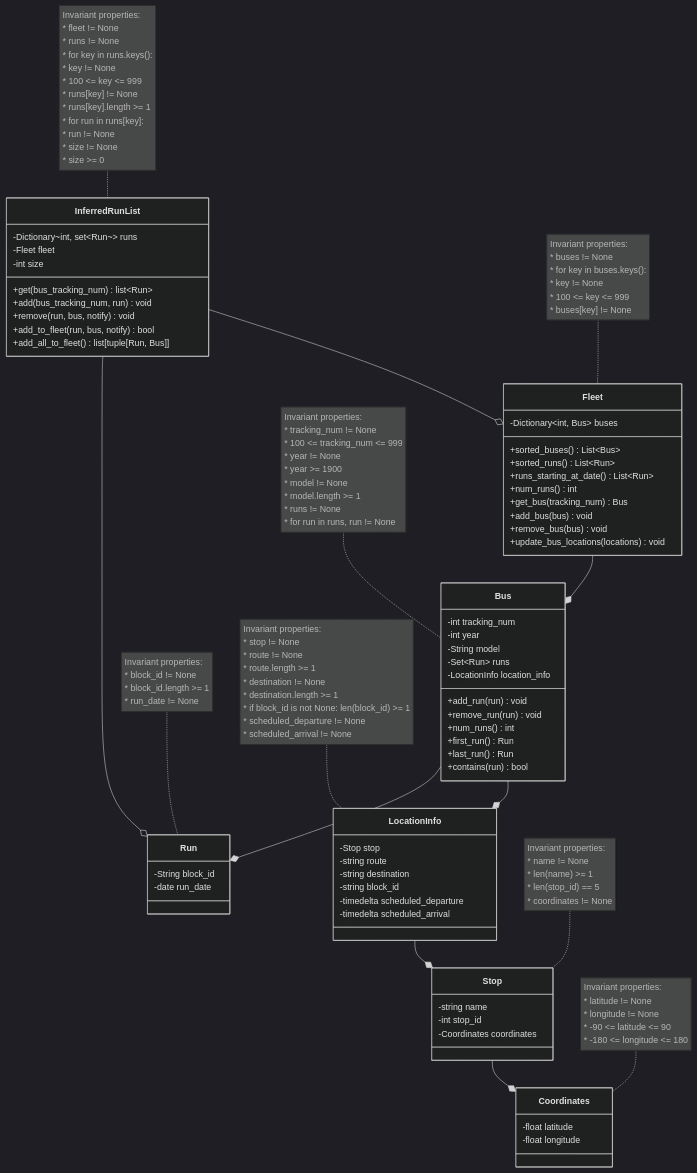
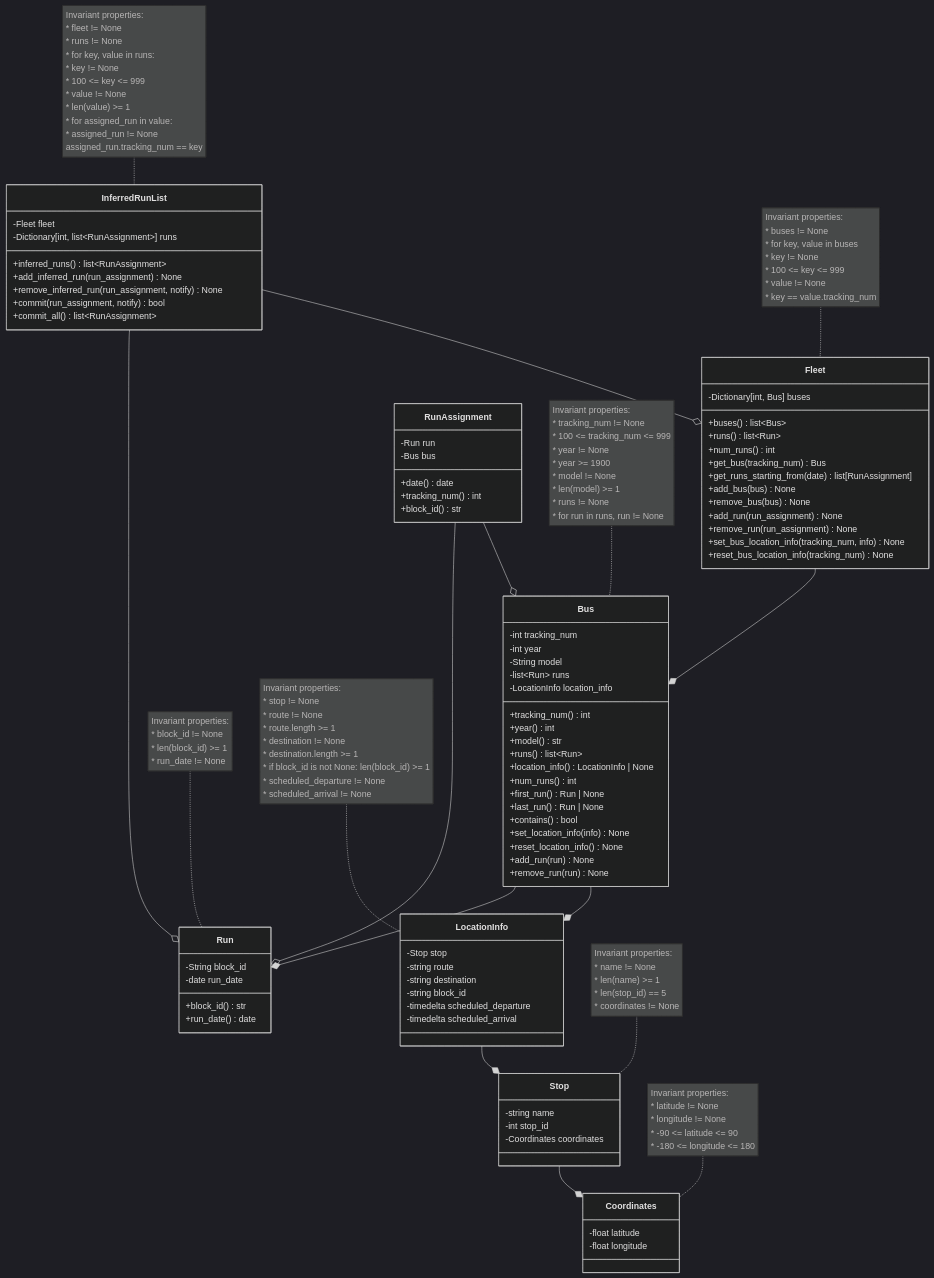
One commit to Michel-Prejet/zeb-tracker changed the diagram in domain.md. Above: the diagram before and after it, drawn with Mermaid (dark theme). The commit also changed 3 other files, not shown here.

Commit message:
Review InferredRun domain model code

````diff
--- a/domain.md
+++ b/domain.md
@@ -5,41 +5,79 @@
 ```mermaid
 classDiagram
     class Fleet {
-        -Dictionary~int, Bus~ buses
+        -Dictionary[int, Bus] buses
         
-        +sorted_buses() List~Bus~
-        +sorted_runs() List~Run~
-        +runs_starting_at_date() List~Run~
+        +buses() list~Bus~
+        +runs() list~Run~
         +num_runs() int
         +get_bus(tracking_num) Bus
-        +add_bus(bus) void
-        +remove_bus(bus) void
-        +update_bus_locations(locations) void
+        +get_runs_starting_from(date) list[RunAssignment]
+        +add_bus(bus) None
+        +remove_bus(bus) None
+        +add_run(run_assignment) None
+        +remove_run(run_assignment) None
+        +set_bus_location_info(tracking_num, info) None
+        +reset_bus_location_info(tracking_num) None
     }
     
     note for Fleet"Invariant properties:
     * buses != None
-    * for key in buses.keys(): 
+    * for key, value in buses 
     *   key != None
     *   100 <= key <= 999
-    *   buses[key] != None
+    *   value != None
+    *   key == value.tracking_num
     "
     
     Fleet --* Bus
+
+    class InferredRunList {
+        -Fleet fleet
+        -Dictionary[int, list~RunAssignment~] runs
+
+        +inferred_runs() list~RunAssignment~
+        +add_inferred_run(run_assignment) None
+        +remove_inferred_run(run_assignment, notify) None
+        +commit(run_assignment, notify) bool
+        +commit_all() list~RunAssignment~
+    }
+
+    note for InferredRunList"Invariant properties:
+    * fleet != None
+    * runs != None
+    * for key, value in runs:
+    *   key != None
+    *   100 <= key <= 999
+    *   value != None
+    *   len(value) >= 1
+    *   for assigned_run in value:
+    *       assigned_run != None
+            assigned_run.tracking_num == key
+    "
+
+    InferredRunList --o Run
+    InferredRunList --o Fleet
     
     class Bus {
         -int tracking_num
         -int year
         -String model
-        -Set~Run~ runs
+        -list~Run~ runs
         -LocationInfo location_info
         
-        +add_run(run) void
-        +remove_run(run) void
+        +tracking_num() int
+        +year() int
+        +model() str
+        +runs() list~Run~
+        +location_info() LocationInfo | None
         +num_runs() int
-        +first_run() Run
-        +last_run() Run
-        +contains(run) bool
+        +first_run() Run | None
+        +last_run() Run | None
+        +contains() bool
+        +set_location_info(info) None
+        +reset_location_info() None
+        +add_run(run) None
+        +remove_run(run) None
     }
 
     note for Bus "Invariant properties:
@@ -48,52 +86,38 @@
     * year != None
     * year >= 1900
     * model != None
-    * model.length >= 1
+    * len(model) >= 1
     * runs != None
     * for run in runs, run != None
     "
     
     Bus --* Run
     
-    class InferredRunList {
-        -Dictionary~int, set~Run~~ runs
-        -Fleet fleet
-        -int size
-        
-        +get(bus_tracking_num) list~Run~
-        +add(bus_tracking_num, run) void
-        +remove(run, bus, notify) void
-        +add_to_fleet(run, bus, notify) bool
-        +add_all_to_fleet() list[tuple[Run, Bus]]
-    }
-    
-    note for InferredRunList"Invariant properties:
-    * fleet != None
-    * runs != None
-    * for key in runs.keys():
-    *   key != None
-    *   100 <= key <= 999
-    *   runs[key] != None
-    *   runs[key].length >= 1
-    *   for run in runs[key]:
-    *       run != None
-    * size != None
-    * size >= 0
-    "
-    
-    InferredRunList --o Run
-    InferredRunList --o Fleet
-    
     class Run {
         -String block_id
         -date run_date
+        
+        +block_id() str
+        +run_date() date
     }
     
     note for Run"Invariant properties:
     * block_id != None
-    * block_id.length >= 1
+    * len(block_id) >= 1
     * run_date != None
     "
+    
+    class RunAssignment {
+        -Run run
+        -Bus bus
+        
+        +date() date
+        +tracking_num() int
+        +block_id() str
+    }
+    
+    RunAssignment --o Run
+    RunAssignment --o Bus
     
     class LocationInfo {
         -Stop stop
````
